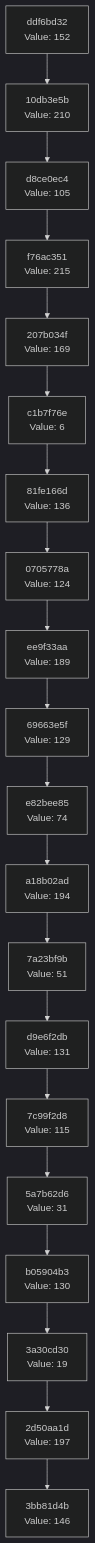
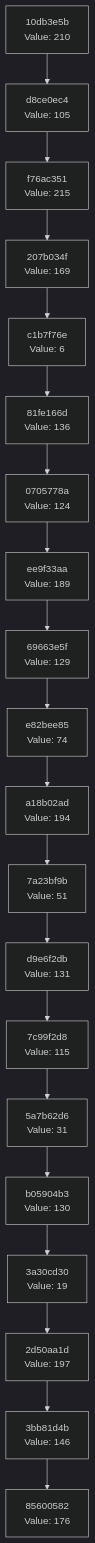
One commit to Abhisheksinha1506/hash-chain-evolver changed the diagram in docs/CHAIN_VISUALIZATION.md. Above: the diagram before and after it, drawn with Mermaid (dark theme). The commit also changed 2 other files, not shown here.

Commit message:
Evolution step: hash 0xB0 → action executed

````diff
--- a/docs/CHAIN_VISUALIZATION.md
+++ b/docs/CHAIN_VISUALIZATION.md
@@ -3,42 +3,42 @@
 ```mermaid
 graph TD
-    C0["3bb81d4b<br/>Value: 146"]
-    C1["2d50aa1d<br/>Value: 197"]
+    C0["85600582<br/>Value: 176"]
+    C1["3bb81d4b<br/>Value: 146"]
     C1 --> C0
-    C2["3a30cd30<br/>Value: 19"]
+    C2["2d50aa1d<br/>Value: 197"]
     C2 --> C1
-    C3["b05904b3<br/>Value: 130"]
+    C3["3a30cd30<br/>Value: 19"]
     C3 --> C2
-    C4["5a7b62d6<br/>Value: 31"]
+    C4["b05904b3<br/>Value: 130"]
     C4 --> C3
-    C5["7c99f2d8<br/>Value: 115"]
+    C5["5a7b62d6<br/>Value: 31"]
     C5 --> C4
-    C6["d9e6f2db<br/>Value: 131"]
+    C6["7c99f2d8<br/>Value: 115"]
     C6 --> C5
-    C7["7a23bf9b<br/>Value: 51"]
+    C7["d9e6f2db<br/>Value: 131"]
     C7 --> C6
-    C8["a18b02ad<br/>Value: 194"]
+    C8["7a23bf9b<br/>Value: 51"]
     C8 --> C7
-    C9["e82bee85<br/>Value: 74"]
+    C9["a18b02ad<br/>Value: 194"]
     C9 --> C8
-    C10["69663e5f<br/>Value: 129"]
+    C10["e82bee85<br/>Value: 74"]
     C10 --> C9
-    C11["ee9f33aa<br/>Value: 189"]
+    C11["69663e5f<br/>Value: 129"]
     C11 --> C10
-    C12["0705778a<br/>Value: 124"]
+    C12["ee9f33aa<br/>Value: 189"]
     C12 --> C11
-    C13["81fe166d<br/>Value: 136"]
+    C13["0705778a<br/>Value: 124"]
     C13 --> C12
-    C14["c1b7f76e<br/>Value: 6"]
+    C14["81fe166d<br/>Value: 136"]
     C14 --> C13
-    C15["207b034f<br/>Value: 169"]
+    C15["c1b7f76e<br/>Value: 6"]
     C15 --> C14
-    C16["f76ac351<br/>Value: 215"]
+    C16["207b034f<br/>Value: 169"]
     C16 --> C15
-    C17["d8ce0ec4<br/>Value: 105"]
+    C17["f76ac351<br/>Value: 215"]
     C17 --> C16
-    C18["10db3e5b<br/>Value: 210"]
+    C18["d8ce0ec4<br/>Value: 105"]
     C18 --> C17
-    C19["ddf6bd32<br/>Value: 152"]
+    C19["10db3e5b<br/>Value: 210"]
     C19 --> C18
 ```
````
